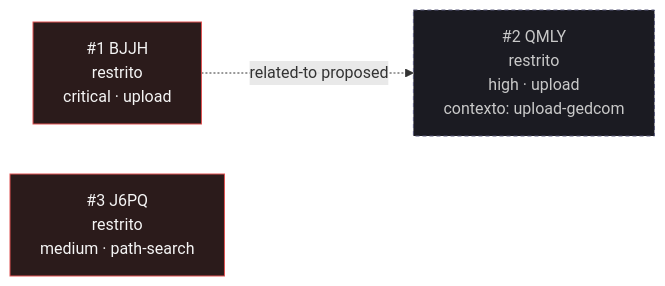
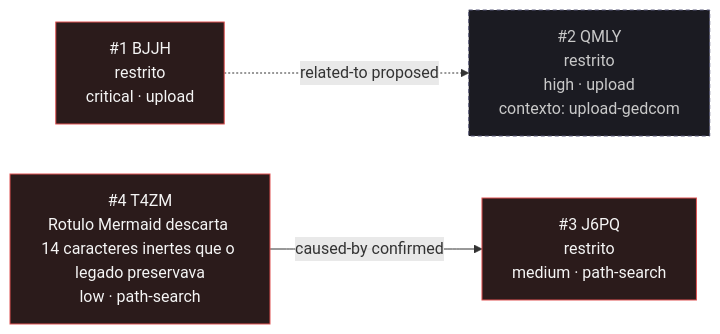
The diagram in _reversa_bugs/busca-caminho/generated/graph.md (Adriano1976/reversa-analisador-genealogico), drawn with Mermaid before and after one commit. The commit also changed other lines of this file and 29 other files, not shown here.

````diff
--- a/_reversa_bugs/busca-caminho/generated/graph.md
+++ b/_reversa_bugs/busca-caminho/generated/graph.md
@@ -5,10 +5,13 @@
 ```mermaid
 graph LR
   BUG-20260929-BJJH["#1 BJJH<br/>restrito<br/>critical · upload"]
   style BUG-20260929-BJJH fill:#2b1b1b,stroke:#e05252,color:#f5f5f5
   BUG-20260929-J6PQ["#3 J6PQ<br/>restrito<br/>medium · path-search"]
   style BUG-20260929-J6PQ fill:#2b1b1b,stroke:#e05252,color:#f5f5f5
+  BUG-20261002-T4ZM["#4 T4ZM<br/>Rotulo Mermaid descarta 14 caracteres inertes que o legado preservava<br/>low · path-search"]
+  style BUG-20261002-T4ZM fill:#2b1b1b,stroke:#e05252,color:#f5f5f5
   BUG-20260929-QMLY["#2 QMLY<br/>restrito<br/>high · upload<br/>contexto: upload-gedcom"]
   style BUG-20260929-QMLY fill:#1b1b22,stroke:#5a5a7a,color:#c9c9c9,stroke-dasharray:4 3
   BUG-20260929-BJJH -.->|related-to proposed| BUG-20260929-QMLY
+  BUG-20261002-T4ZM -->|caused-by confirmed| BUG-20260929-J6PQ
 ```
````
